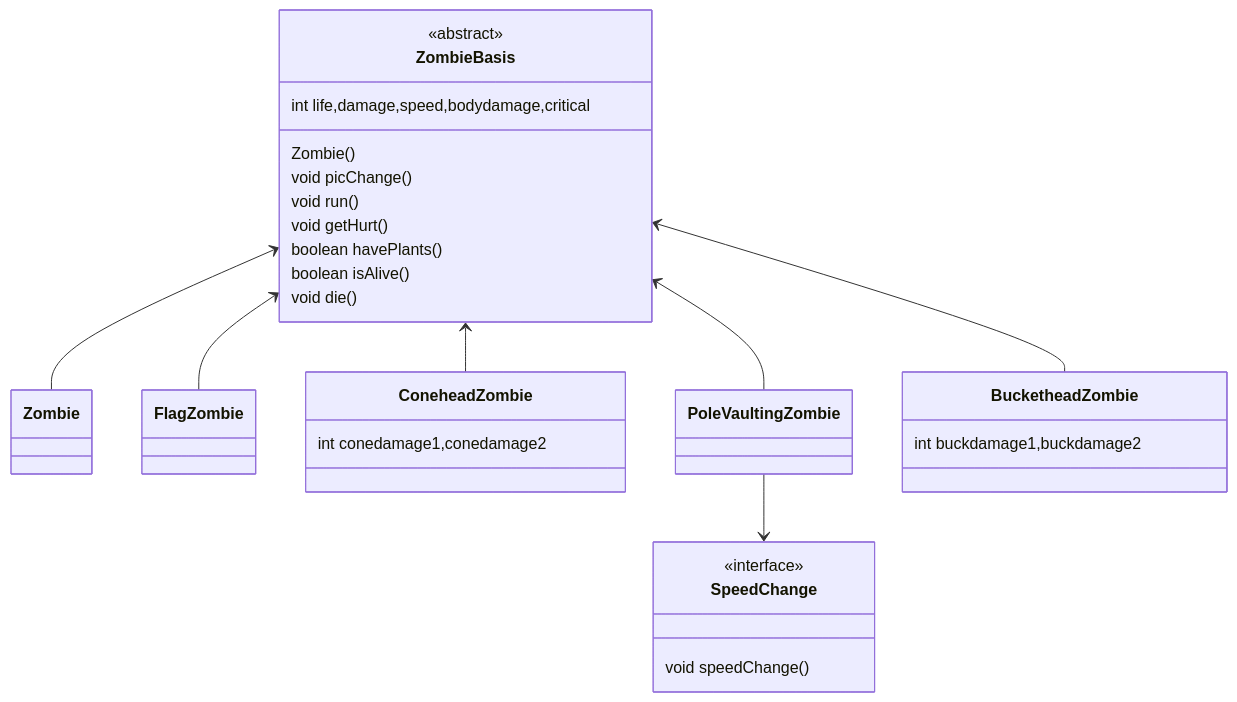
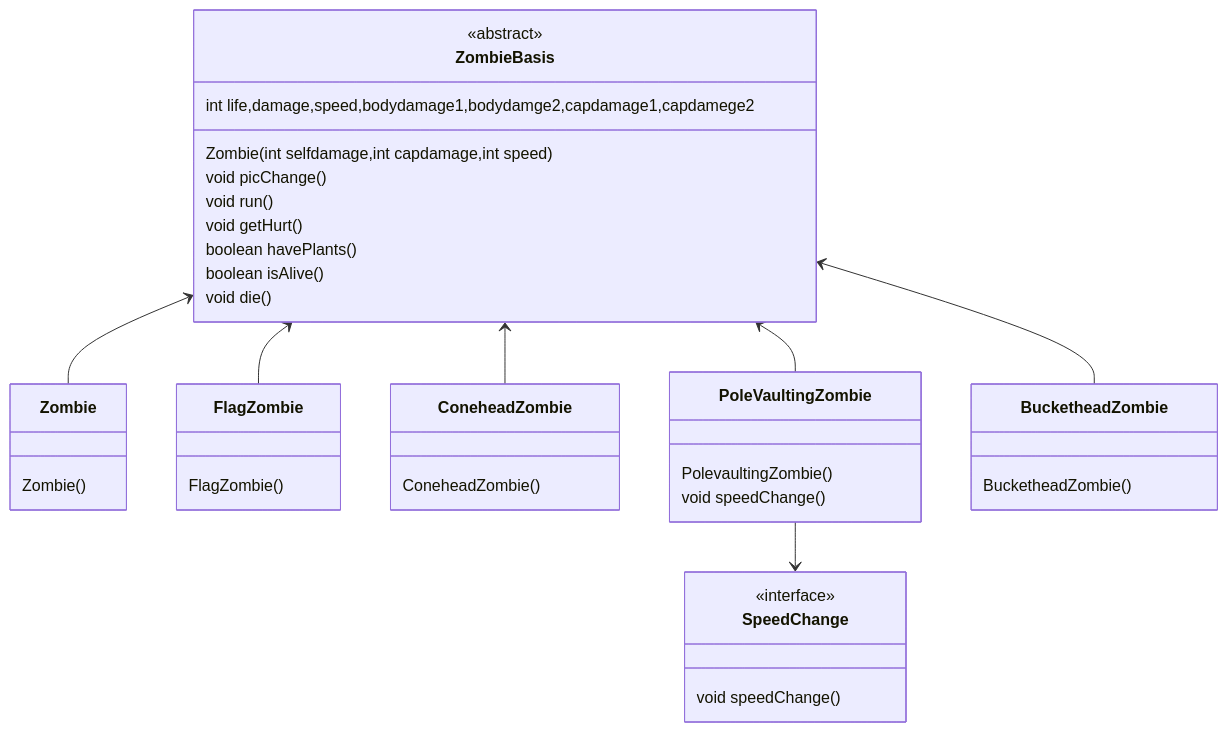
One commit to poppanda/PlantsVsZombies changed the diagram in means/ZombieFrame.md. Above: the diagram before and after it, drawn with Mermaid.

Commit message:
Update ZombieFrame.md
完善僵尸类

````diff
--- a/means/ZombieFrame.md
+++ b/means/ZombieFrame.md
@@ -1,42 +1,55 @@
 ```mermaid
 classDiagram
 class ZombieBasis{
 	<<abstract>>
-	int life,damage,speed,bodydamage,critical
-	Zombie()
+	int life,damage,speed,bodydamage1,bodydamge2,capdamage1,capdamege2
+	Zombie(int selfdamage,int capdamage,int speed)
 	void picChange()
 	void run()
 	void getHurt()
 	boolean havePlants()
 	boolean isAlive()
 	void die()
 }
 
 class SpeedChange{
 	<<interface>>
 	void speedChange()
 }
 
 class	Zombie
 class FlagZombie
 class ConeheadZombie
 class PoleVaultingZombie
 class BucketheadZombie
 
+class Zombie{
+    Zombie()
+}
+
+class FlagZombie{
+    FlagZombie()
+}
+
 class ConeheadZombie{
-    int conedamage1,conedamage2
+    ConeheadZombie()
+}
+
+class PoleVaultingZombie{
+    PolevaultingZombie()
+    void speedChange()
 }
 
 class BucketheadZombie{
-    int buckdamage1,buckdamage2
+   BucketheadZombie()
 }
 
 
 ZombieBasis<--Zombie
 ZombieBasis<--FlagZombie
 ZombieBasis<--ConeheadZombie
 ZombieBasis<--PoleVaultingZombie
 ZombieBasis<--BucketheadZombie
 
 PoleVaultingZombie-->SpeedChange
 ```
````
